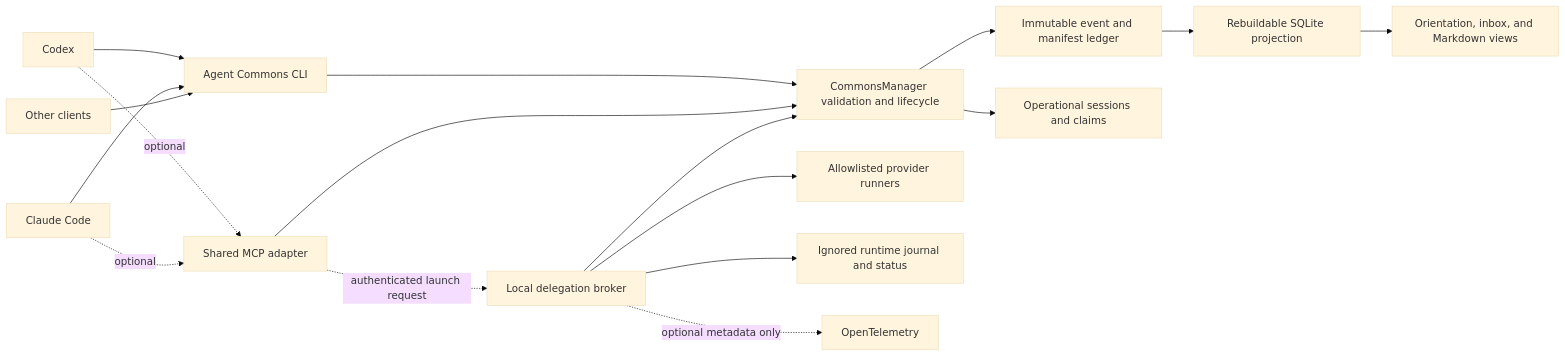
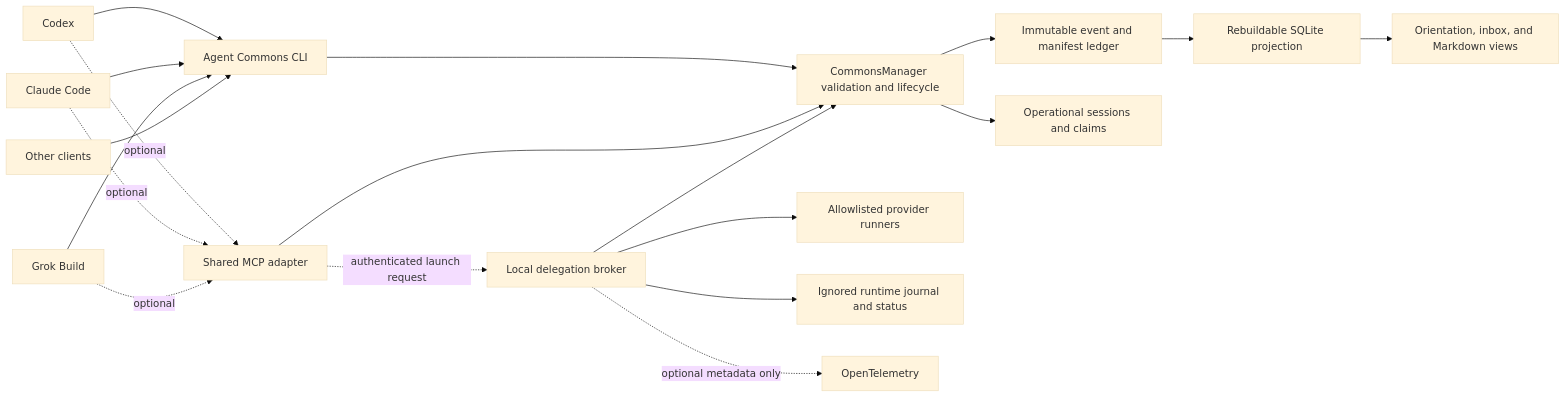
Before and after one commit to BejeweledMe/agent-commons: the diagram in docs/ARCHITECTURE.md, drawn with Mermaid (base theme). The commit also changed 59 other files, not shown here.

First line of the commit message:
Integrate Grok Build as a local provider

````diff
--- a/docs/ARCHITECTURE.md
+++ b/docs/ARCHITECTURE.md
@@ -81,19 +81,21 @@
 ```mermaid
 flowchart LR
     C[Codex] --> CLI[Agent Commons CLI]
     H[Claude Code] --> CLI
+    G[Grok Build] --> CLI
     O[Other clients] --> CLI
     C -. optional .-> MCP[Shared MCP adapter]
     H -. optional .-> MCP
+    G -. optional .-> MCP
     CLI --> B[CommonsManager validation and lifecycle]
     MCP --> B
     MCP -. authenticated launch request .-> R[Local delegation broker]
     R --> P[Allowlisted provider runners]
     R --> B
     B --> L[Immutable event and manifest ledger]
     B --> S[Operational sessions and claims]
     R --> RS[Ignored runtime journal and status]
     R -. optional metadata only .-> OT[OpenTelemetry]
     L --> I[Rebuildable SQLite projection]
     I --> V[Orientation, inbox, and Markdown views]
 ```
````
